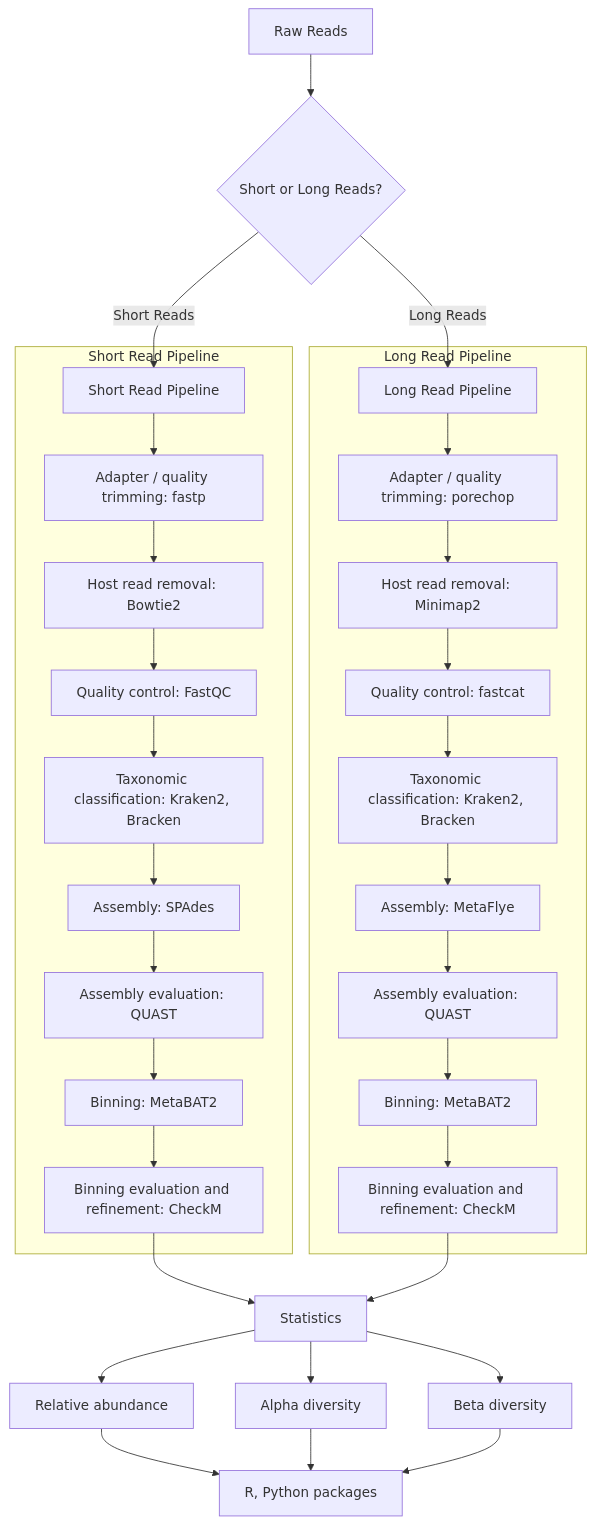
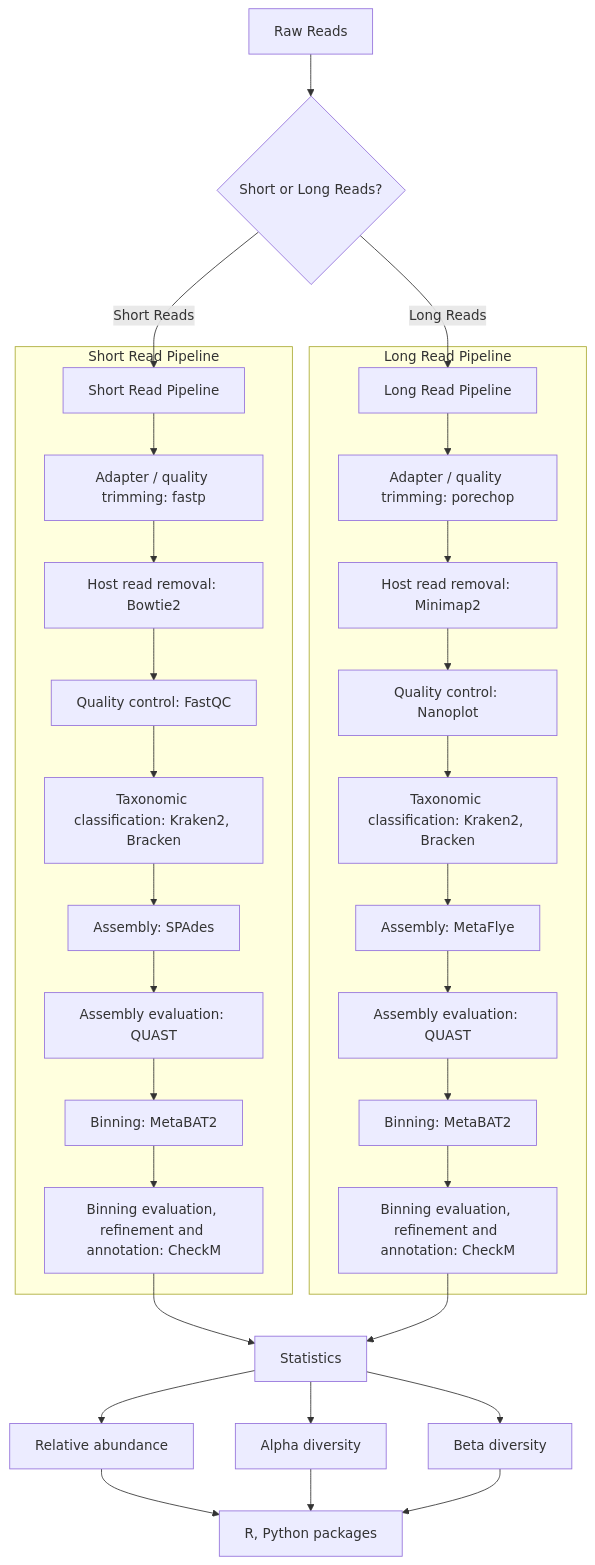
One commit to UeenHuynh/MGMA_2024 changed the diagram in lecture_26/README.md. Above: the diagram before and after it, drawn with Mermaid. The commit also changed other lines of this file, not shown here.

````diff
--- a/lecture_26/README.md
+++ b/lecture_26/README.md
@@ -3,37 +3,37 @@
 ```mermaid
 graph TD
     A[Raw Reads] --> B{Short or Long Reads?}
     B -->|Short Reads| C[Short Read Pipeline]
     B -->|Long Reads| D[Long Read Pipeline]
     
     subgraph "Short Read Pipeline"
         C --> C1[Adapter / quality trimming: fastp]
         C1 --> C2[Host read removal: Bowtie2]
         C2 --> C3[Quality control: FastQC]
         C3 --> C4[Taxonomic classification: Kraken2, Bracken]
         C4 --> C5[Assembly: SPAdes]
         C5 --> C6[Assembly evaluation: QUAST]
         C6 --> C7[Binning: MetaBAT2]
-        C7 --> C8[Binning evaluation and refinement: CheckM]
+        C7 --> C8[Binning evaluation, refinement and annotation: CheckM]
     end
     
     subgraph "Long Read Pipeline"
         D --> D1[Adapter / quality trimming: porechop]
         D1 --> D2[Host read removal: Minimap2]
-        D2 --> D3[Quality control: fastcat]
+        D2 --> D3[Quality control: Nanoplot]
         D3 --> D4[Taxonomic classification: Kraken2, Bracken]
         D4 --> D5[Assembly: MetaFlye]
         D5 --> D6[Assembly evaluation: QUAST]
         D6 --> D7[Binning: MetaBAT2]
-        D7 --> D8[Binning evaluation and refinement: CheckM]
+        D7 --> D8[Binning evaluation, refinement and annotation: CheckM]
     end
 
     C8 --> E[Statistics]
     D8 --> E
     E --> E1[Relative abundance]
     E --> E2[Alpha diversity]
     E --> E3[Beta diversity]
     E1 --> F[R, Python packages]
     E2 --> F
     E3 --> F
 ```
````
